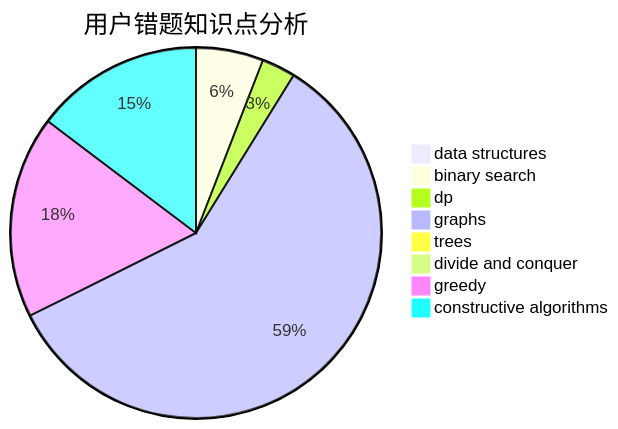
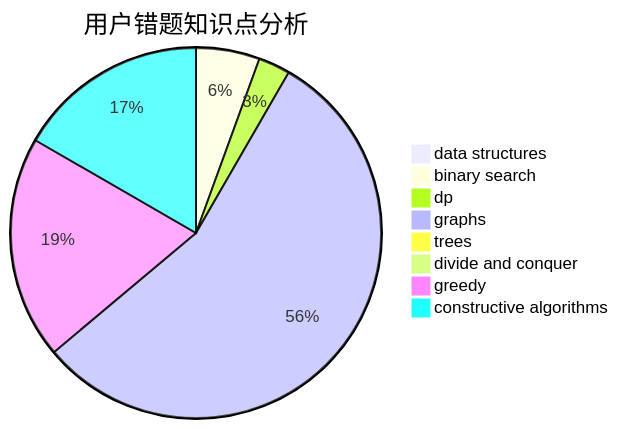
Before and after one commit to sherpahu/cfrs.github.io: the third of 3 diagrams in docs/user/u2079.md, drawn with Mermaid. The commit also changed other lines of this file and 2770 other files, not shown here.

````diff
--- a/docs/user/u2079.md
+++ b/docs/user/u2079.md
@@ -36,11 +36,11 @@
 ```mermaid
 pie title 用户错题知识点分析
     "data structures" :  0
     "binary search" :  2
     "dp" :  1
     "graphs" :  20
     "trees" :  0
     "divide and conquer" :  0
-    "greedy" :  6
-    "constructive algorithms" :  5
+    "greedy" :  7
+    "constructive algorithms" :  6
 ```
````
